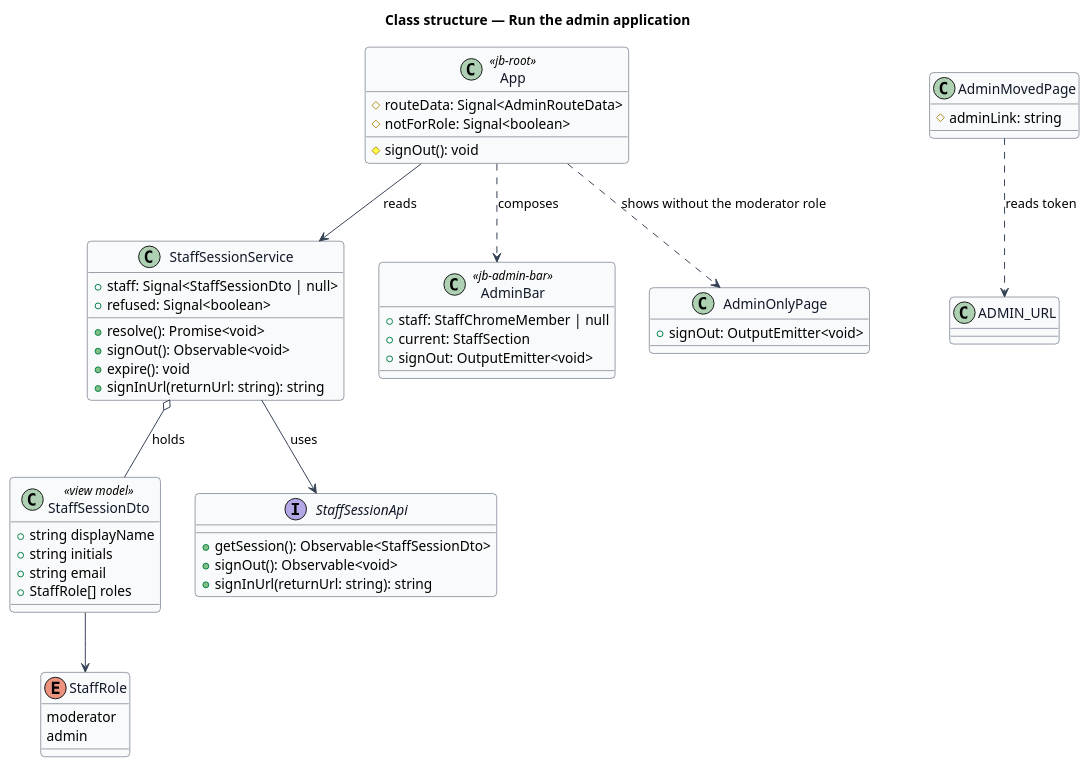
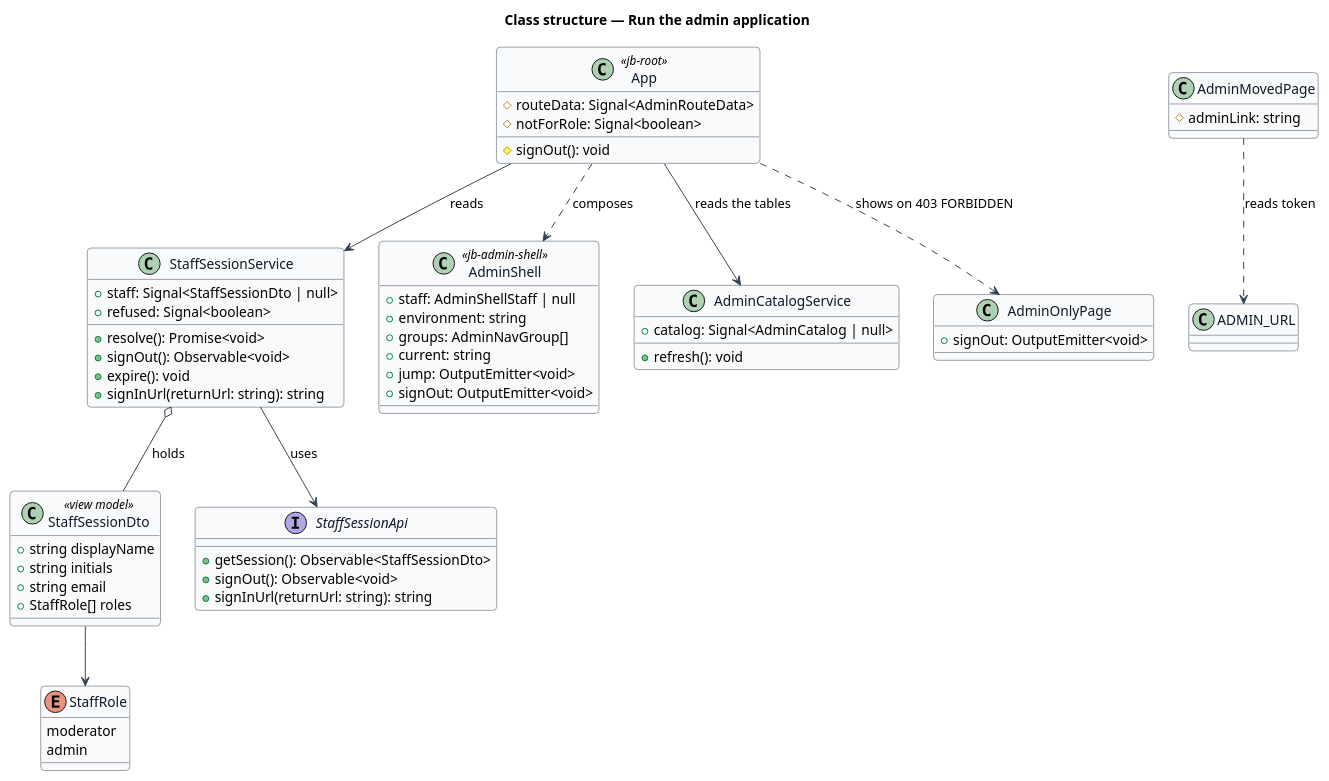
One commit to QuinntyneBrown/jubilee changed the diagram in docs/detailed-designs/admin/run-admin-application/diagrams/class-structure.puml. Above: the diagram before and after it, drawn with PlantUML. The commit also changed 81 other files, not shown here.

First line of the commit message:
docs(admin): design the schema-driven admin application (journey 35)

```diff
--- a/docs/detailed-designs/admin/run-admin-application/diagrams/class-structure.puml
+++ b/docs/detailed-designs/admin/run-admin-application/diagrams/class-structure.puml
@@ -1,60 +1,68 @@
 @startuml
 skinparam backgroundColor #FFFFFF
 skinparam shadowing false
 skinparam roundcorner 8
 skinparam defaultFontName Arial
 skinparam ArrowColor #344054
 skinparam class {
   BorderColor #344054
   FontColor #101828
   BackgroundColor #F9FAFB
 }
 title Class structure — Run the admin application
 
 class StaffSessionDto <<view model>> {
   +string displayName
   +string initials
   +string email
   +StaffRole[] roles
 }
 enum StaffRole {
   moderator
   admin
 }
 class StaffSessionService {
   +staff: Signal<StaffSessionDto | null>
   +refused: Signal<boolean>
   +resolve(): Promise<void>
   +signOut(): Observable<void>
   +expire(): void
   +signInUrl(returnUrl: string): string
 }
 interface StaffSessionApi {
   +getSession(): Observable<StaffSessionDto>
   +signOut(): Observable<void>
   +signInUrl(returnUrl: string): string
 }
 class App <<jb-root>> {
   #routeData: Signal<AdminRouteData>
   #notForRole: Signal<boolean>
   #signOut(): void
 }
-class AdminBar <<jb-admin-bar>> {
-  +staff: StaffChromeMember | null
-  +current: StaffSection
+class AdminShell <<jb-admin-shell>> {
+  +staff: AdminShellStaff | null
+  +environment: string
+  +groups: AdminNavGroup[]
+  +current: string
+  +jump: OutputEmitter<void>
   +signOut: OutputEmitter<void>
+}
+class AdminCatalogService {
+  +catalog: Signal<AdminCatalog | null>
+  +refresh(): void
 }
 class AdminOnlyPage {
   +signOut: OutputEmitter<void>
 }
 class AdminMovedPage {
   #adminLink: string
 }
 StaffSessionService --> StaffSessionApi : uses
 StaffSessionService o-- StaffSessionDto : holds
 StaffSessionDto --> StaffRole
 App --> StaffSessionService : reads
-App ..> AdminBar : composes
-App ..> AdminOnlyPage : shows without the moderator role
+App ..> AdminShell : composes
+App --> AdminCatalogService : reads the tables
+App ..> AdminOnlyPage : shows on 403 FORBIDDEN
 AdminMovedPage ..> "ADMIN_URL" : reads token
 @enduml
```
